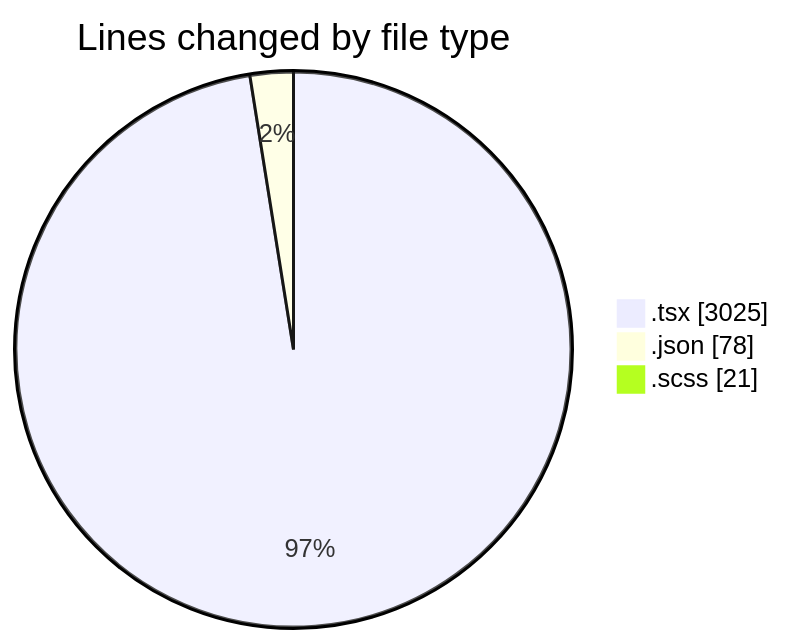
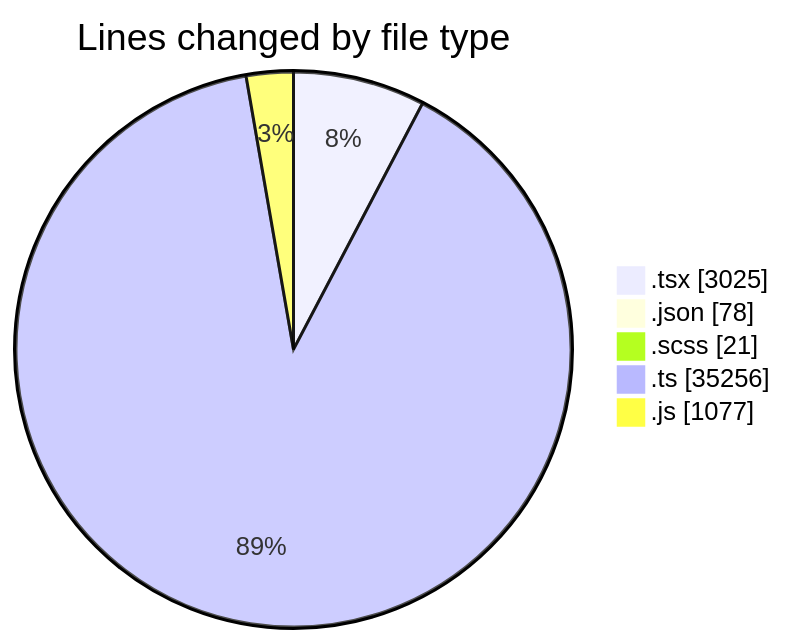
Before and after one commit to momahboobian/code-tracking: the first of 2 diagrams in 2026-09-29/cda/README.md, drawn with Mermaid. The commit also changed other lines of this file and 1 other file, not shown here.

````diff
--- a/2026-09-29/cda/README.md
+++ b/2026-09-29/cda/README.md
@@ -34,7 +41,9 @@
 ```mermaid
 pie showData
 title Lines changed by file type
 ".tsx" : 3025
 ".json" : 78
 ".scss" : 21
+".ts" : 35256
+".js" : 1077
 ```
````
